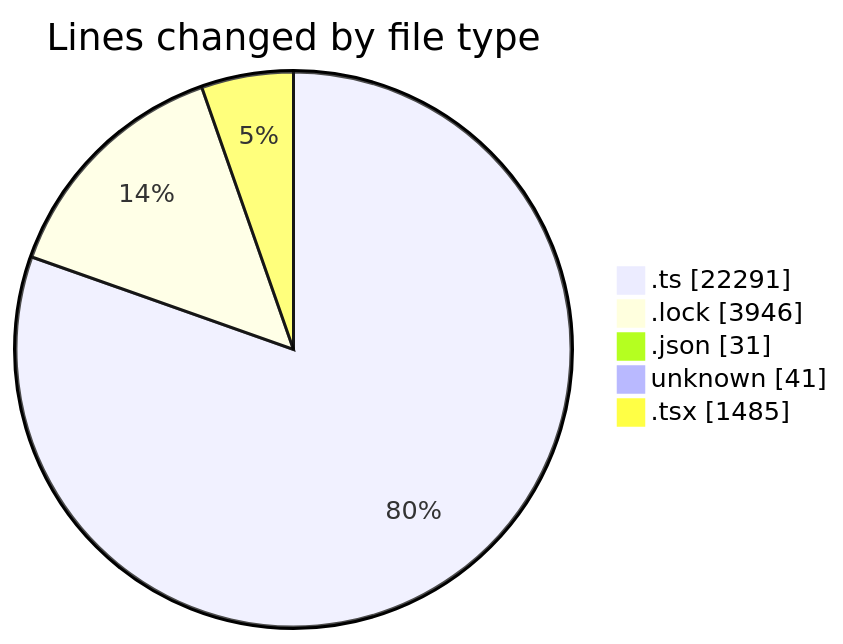
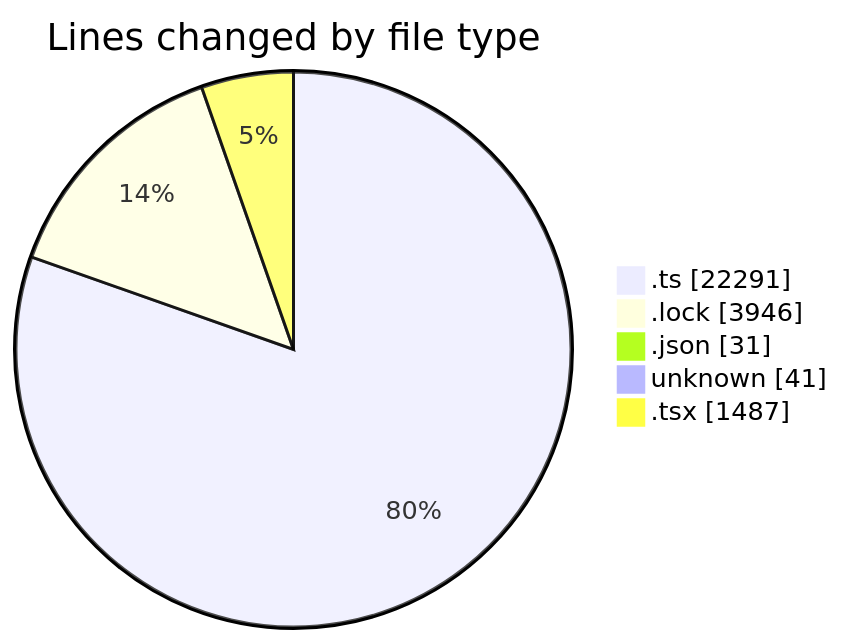
The first of 2 diagrams in 2025-08-19/cda/README.md (momahboobian/code-tracking), drawn with Mermaid before and after one commit. The commit also changed other lines of this file and 1 other file, not shown here.

````diff
--- a/2025-08-19/cda/README.md
+++ b/2025-08-19/cda/README.md
@@ -40,9 +40,9 @@
 ```mermaid
 pie showData
 title Lines changed by file type
 ".ts" : 22291
 ".lock" : 3946
 ".json" : 31
 "unknown" : 41
-".tsx" : 1485
+".tsx" : 1487
 ```
````
